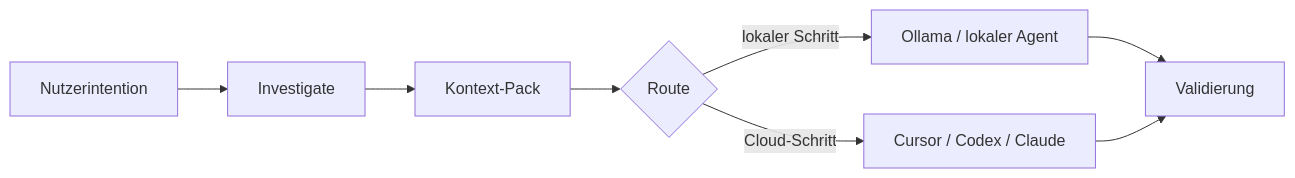
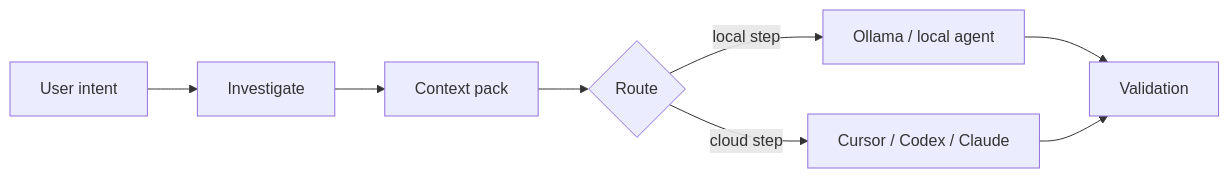
The diagram in docs-site/content/docs/de/concepts/local-first.mdx (LaProgrammerie/asagiri), drawn with Mermaid before and after one commit. The commit also changed other lines of this file and 148 other files, not shown here.

````diff
--- a/docs-site/content/docs/de/concepts/local-first.mdx
+++ b/docs-site/content/docs/de/concepts/local-first.mdx
@@ -20,10 +22,10 @@
 ```mermaid
 flowchart LR
-  A[Nutzerintention] --> B[Investigate]
-  B --> C[Kontext-Pack]
+  A[User intent] --> B[Investigate]
+  B --> C[Context pack]
   C --> D{Route}
-  D -->|lokaler Schritt| E[Ollama / lokaler Agent]
-  D -->|Cloud-Schritt| F[Cursor / Codex / Claude]
-  E --> G[Validierung]
+  D -->|local step| E[Ollama / local agent]
+  D -->|cloud step| F[Cursor / Codex / Claude]
+  E --> G[Validation]
   F --> G
 ```
````
